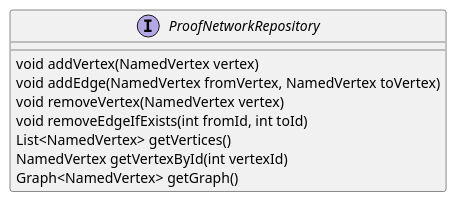
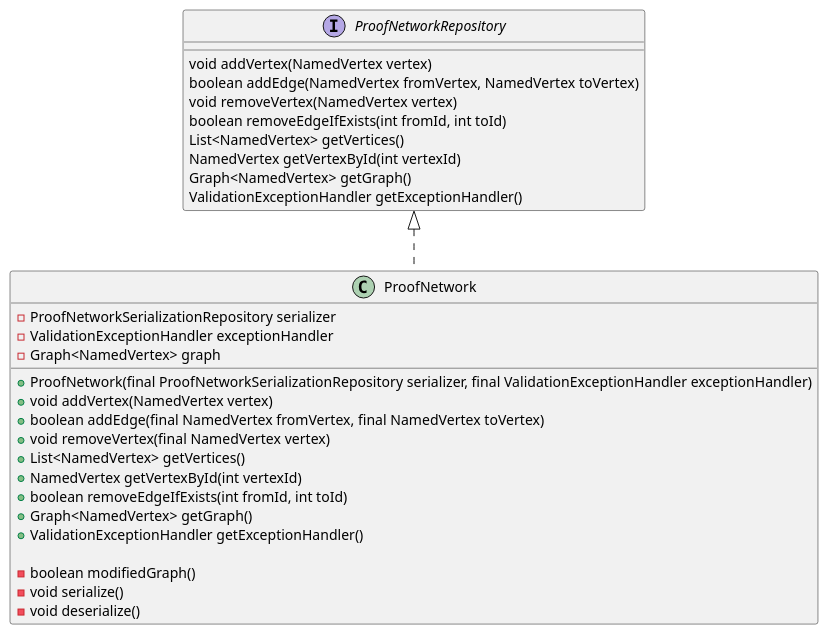
The diagram in uml/repository.puml (keksklauer4/MatLearn), drawn with PlantUML before and after one commit. The commit also changed 8 other files, not shown here.

Commit message:
Added more uml

```diff
--- a/uml/repository.puml
+++ b/uml/repository.puml
@@ -2,20 +2,33 @@
 @startuml
 
 interface ProofNetworkRepository {
-
     void addVertex(NamedVertex vertex)
-    void addEdge(NamedVertex fromVertex, NamedVertex toVertex)
-
-
+    boolean addEdge(NamedVertex fromVertex, NamedVertex toVertex)
     void removeVertex(NamedVertex vertex)
-    void removeEdgeIfExists(int fromId, int toId)
-
-
+    boolean removeEdgeIfExists(int fromId, int toId)
     List<NamedVertex> getVertices()
     NamedVertex getVertexById(int vertexId)
-
-
     Graph<NamedVertex> getGraph()
+    ValidationExceptionHandler getExceptionHandler()
 }
 
+class ProofNetwork implements ProofNetworkRepository {
+    -ProofNetworkSerializationRepository serializer
+    -ValidationExceptionHandler exceptionHandler
+    -Graph<NamedVertex> graph
+
+    +ProofNetwork(final ProofNetworkSerializationRepository serializer, final ValidationExceptionHandler exceptionHandler)
+    +void addVertex(NamedVertex vertex)
+    +boolean addEdge(final NamedVertex fromVertex, final NamedVertex toVertex)
+    +void removeVertex(final NamedVertex vertex)
+    +List<NamedVertex> getVertices()
+    +NamedVertex getVertexById(int vertexId)
+    +boolean removeEdgeIfExists(int fromId, int toId)
+    +Graph<NamedVertex> getGraph()
+    +ValidationExceptionHandler getExceptionHandler()
+
+    -boolean modifiedGraph()
+    -void serialize()
+    -void deserialize()
+}
 @enduml
```
